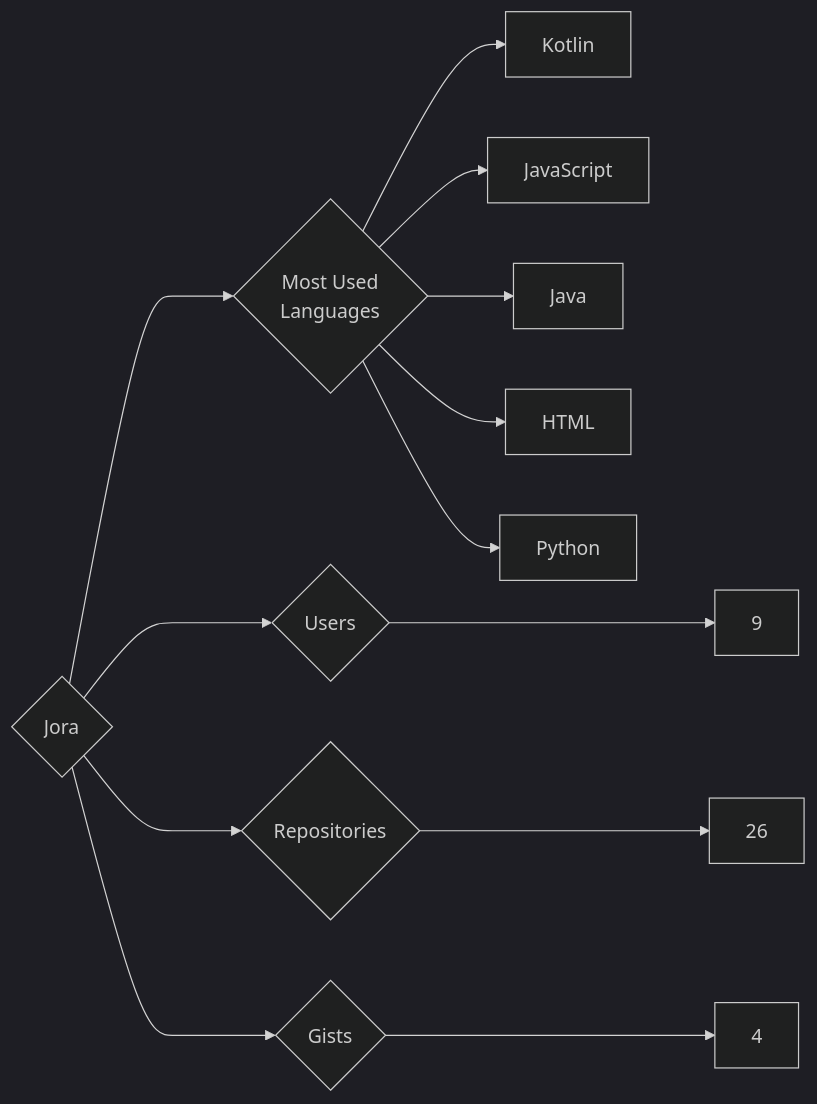
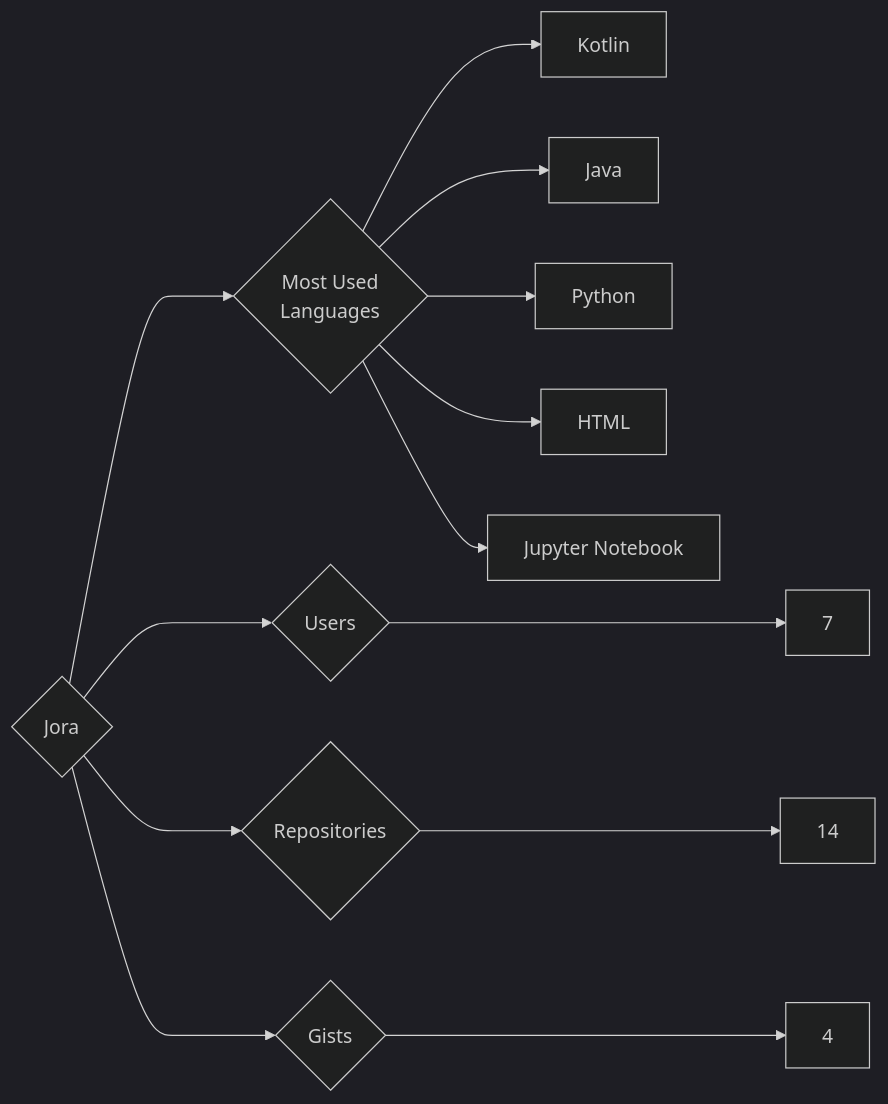
Before and after one commit to trickest/insiders: the diagram in targets/Jora/README.md, drawn with Mermaid (dark theme). The commit also changed 715 other files, not shown here.

````diff
--- a/targets/Jora/README.md
+++ b/targets/Jora/README.md
@@ -3,13 +3,13 @@
 ```mermaid
 graph LR
 COMPANY_NAME{Jora}
-COMPANY_NAME ---> U{Users} ---> UN[9]
-COMPANY_NAME ---> R{Repositories} ---> RN[26]
+COMPANY_NAME ---> U{Users} ---> UN[7]
+COMPANY_NAME ---> R{Repositories} ---> RN[14]
 COMPANY_NAME ---> G{Gists} ---> GN[4]
 COMPANY_NAME ---> ML{Most Used<br>Languages}
 ML --> Kotlin[Kotlin]
-ML --> JavaScript[JavaScript]
 ML --> Java[Java]
+ML --> Python[Python]
 ML --> HTML[HTML]
-ML --> Python[Python]
+ML --> Jupyter_Notebook[Jupyter Notebook]
 ```
````
